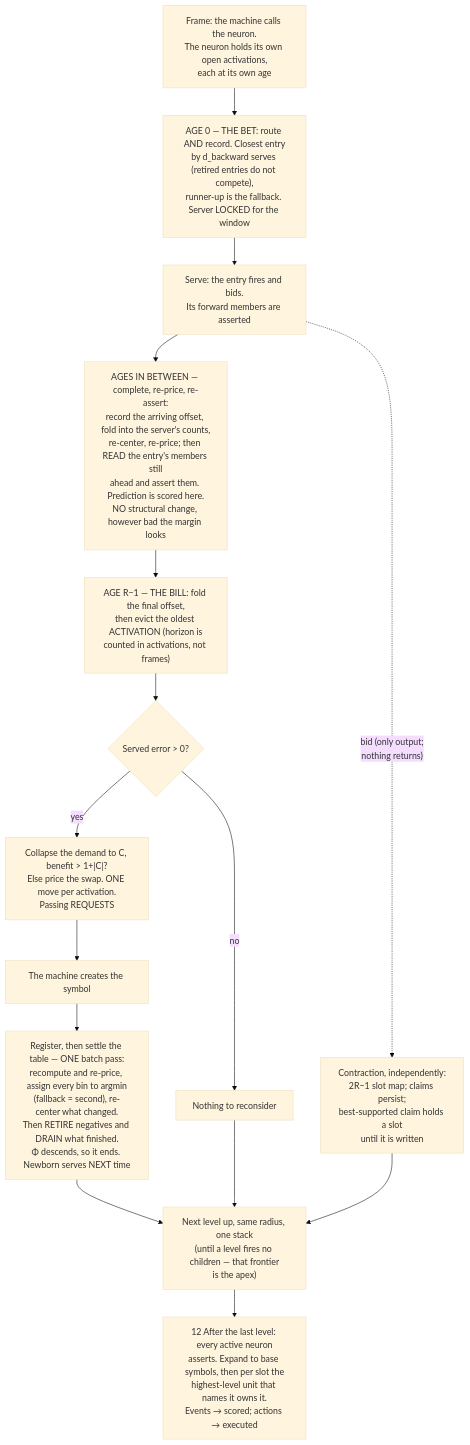
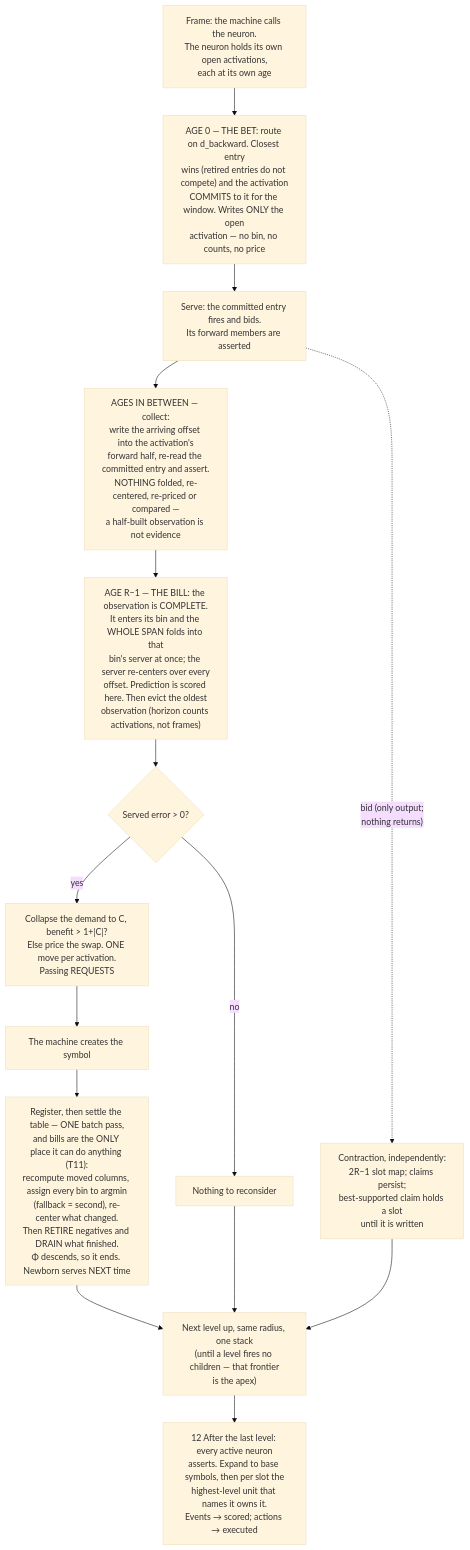
Before and after one commit to cucar/robot_brain: the diagram in docs/algorithm.md, drawn with Mermaid (base theme). The commit also changed other lines of this file, not shown here.

````diff
--- a/docs/algorithm.md
+++ b/docs/algorithm.md
@@ -1068,17 +1180,17 @@
 ```mermaid
 flowchart TD
-    A["Frame: the machine calls the neuron.<br/>The neuron holds its own open activations,<br/>each at its own age"] --> D["AGE 0 — THE BET: route AND record. Closest entry<br/>by d_backward serves (retired entries do not compete),<br/>runner-up is the fallback. Server LOCKED for the window"]
-    D --> E["Serve: the entry fires and bids.<br/>Its forward members are asserted"]
+    A["Frame: the machine calls the neuron.<br/>The neuron holds its own open activations,<br/>each at its own age"] --> D["AGE 0 — THE BET: route on d_backward. Closest entry<br/>wins (retired entries do not compete) and the activation<br/>COMMITS to it for the window. Writes ONLY the open<br/>activation — no bin, no counts, no price"]
+    D --> E["Serve: the committed entry fires and bids.<br/>Its forward members are asserted"]
     E -.->|"bid (only output;<br/>nothing returns)"| X["Contraction, independently:<br/>2R−1 slot map; claims persist;<br/>best-supported claim holds a slot<br/>until it is written"]
-    E --> C["AGES IN BETWEEN — complete, re-price, re-assert:<br/>record the arriving offset, fold into the server's counts,<br/>re-center, re-price; then READ the entry's members still<br/>ahead and assert them. Prediction is scored here.<br/>NO structural change, however bad the margin looks"]
-    C --> B["AGE R−1 — THE BILL: fold the final offset,<br/>then evict the oldest ACTIVATION (horizon is<br/>counted in activations, not frames)"]
+    E --> C["AGES IN BETWEEN — collect:<br/>write the arriving offset into the activation's<br/>forward half, re-read the committed entry and assert.<br/>NOTHING folded, re-centered, re-priced or compared —<br/>a half-built observation is not evidence"]
+    C --> B["AGE R−1 — THE BILL: the observation is COMPLETE.<br/>It enters its bin and the WHOLE SPAN folds into that<br/>bin's server at once; the server re-centers over every<br/>offset. Prediction is scored here. Then evict the oldest<br/>observation (horizon counts activations, not frames)"]
     B --> L{"Served error > 0?"}
     L -->|yes| M["Collapse the demand to C, benefit > 1+|C|?<br/>Else price the swap. ONE move per activation.<br/>Passing REQUESTS"]
     M --> P["The machine creates the symbol"]
-    P --> Q["Register, then settle the table — ONE batch pass:<br/>recompute and re-price, assign every bin to argmin<br/>(fallback = second), re-center what changed.<br/>Then RETIRE negatives and DRAIN what finished.<br/>Φ descends, so it ends. Newborn serves NEXT time"]
+    P --> Q["Register, then settle the table — ONE batch pass,<br/>and bills are the ONLY place it can do anything (T11):<br/>recompute moved columns, assign every bin to argmin<br/>(fallback = second), re-center what changed.<br/>Then RETIRE negatives and DRAIN what finished.<br/>Φ descends, so it ends. Newborn serves NEXT time"]
     L -->|no| N["Nothing to reconsider"]
     Q --> O["Next level up, same radius, one stack<br/>(until a level fires no children — that frontier<br/>is the apex)"]
     N --> O
     X --> O
     O --> Y["12 After the last level: every active neuron<br/>asserts. Expand to base symbols, then per slot the<br/>highest-level unit that names it owns it.<br/>Events → scored; actions → executed"]
 ```
````
